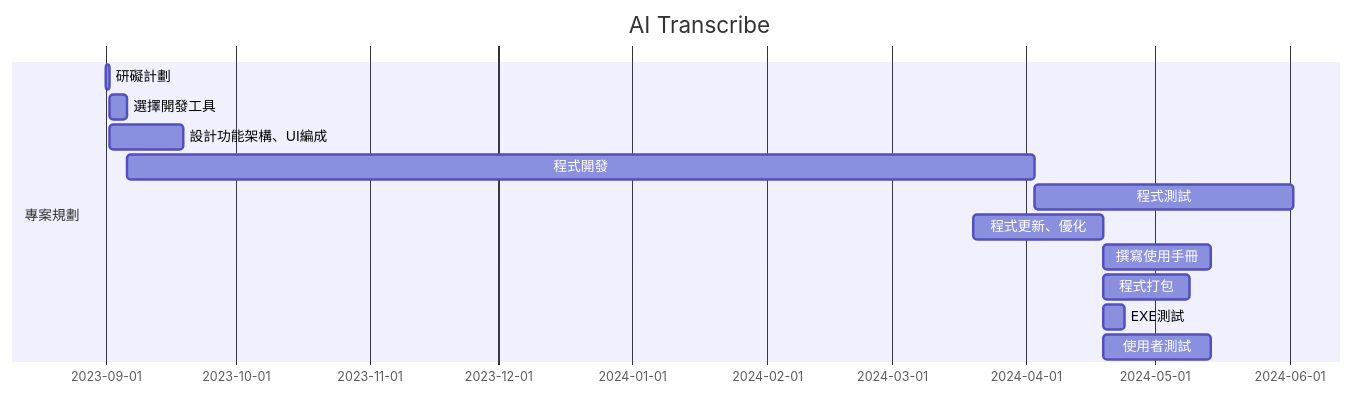
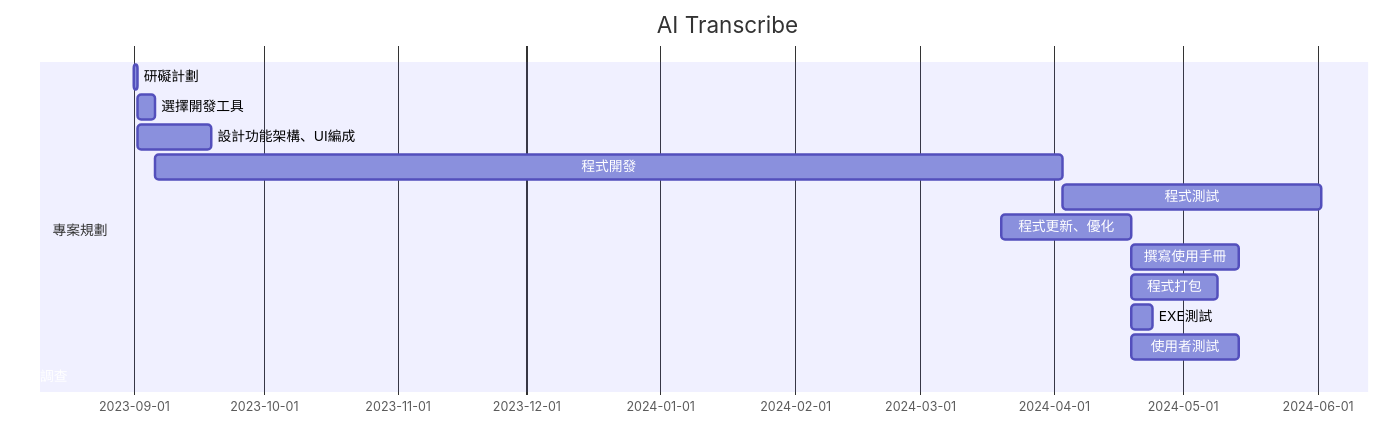
Before and after one commit to MITC110118132/23a: the third of 4 diagrams in hw2.md, drawn with Mermaid. The commit also changed other lines of this file, not shown here.

````diff
--- a/hw2.md
+++ b/hw2.md
@@ -35,16 +34,17 @@
 ```mermaid
 gantt
     title AI Transcribe
 
     section 專案規劃
     研礙計劃           :a1, 2023-09-01, 1d
     選擇開發工具           :a2, after a1  , 4d
     設計功能架構、UI編成           :a3, after a1  , 17d
     程式開發           :a4, after a2  , 210d
     程式測試           :a5, after a4  , 60d
     程式更新、優化           :a6, 2024-03-20  , 30d
     撰寫使用手冊        :a7, after a6  , 25d
     程式打包           :a8, after a6  , 20d
     EXE測試           :a9, after a6  , 5d
     使用者測試         :a10, after a6  , 25d
+    問卷調查           :a11, after a11 , 5d
 ```
````
